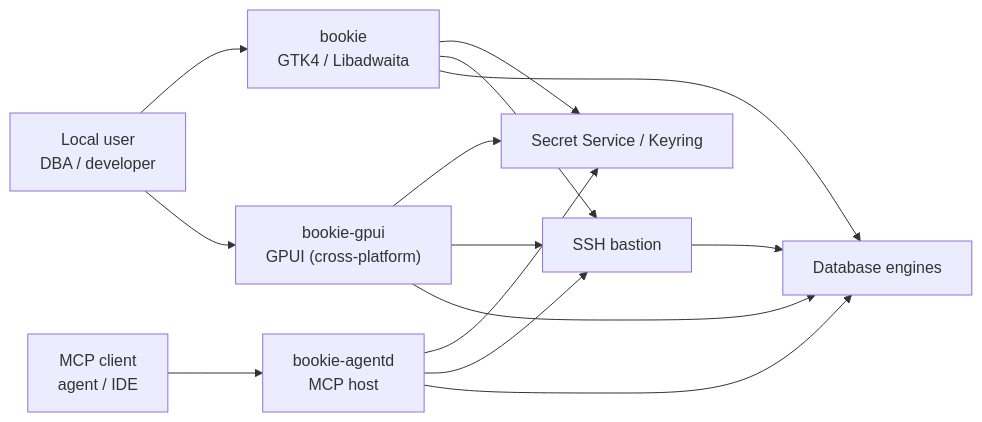
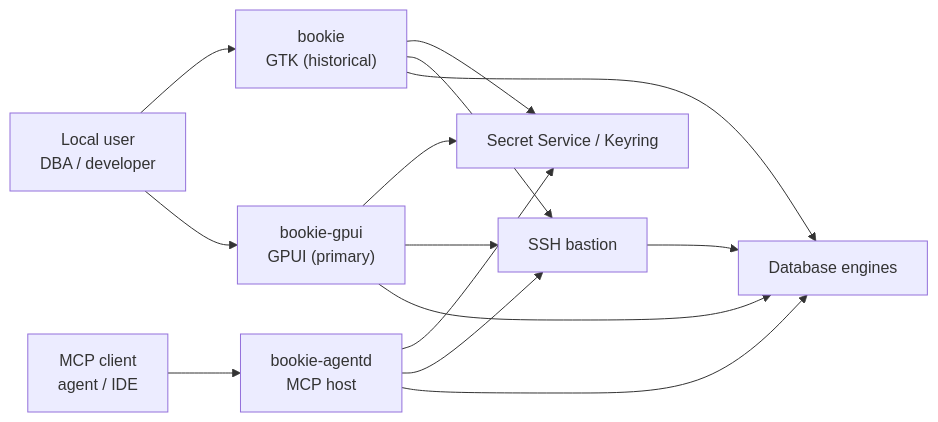
The first of 7 diagrams in ARCHITECTURE.md (cozyGarage/BookiE), drawn with Mermaid before and after one commit. The commit also changed other lines of this file and 11 other files, not shown here.

Commit message:
docs: align architecture, agent rules and GPUI docs with ADR 0058

````diff
--- a/ARCHITECTURE.md
+++ b/ARCHITECTURE.md
@@ -64,25 +66,25 @@
 ```mermaid
 flowchart LR
     user["Local user<br/>DBA / developer"]
     mcpClient["MCP client<br/>agent / IDE"]
-    bookie["bookie<br/>GTK4 / Libadwaita"]
-    gpui["bookie-gpui<br/>GPUI (cross-platform)"]
+    bookie["bookie<br/>GTK (historical)"]
+    gpui["bookie-gpui<br/>GPUI (primary)"]
     agentd["bookie-agentd<br/>MCP host"]
     keyring["Secret Service / Keyring"]
     bastion["SSH bastion"]
     db["Database engines"]
 
     user --> bookie
     user --> gpui
     mcpClient --> agentd
     bookie --> keyring
     gpui --> keyring
     agentd --> keyring
     bookie --> bastion
     gpui --> bastion
     agentd --> bastion
     bookie --> db
     gpui --> db
     agentd --> db
     bastion --> db
 ```
````
